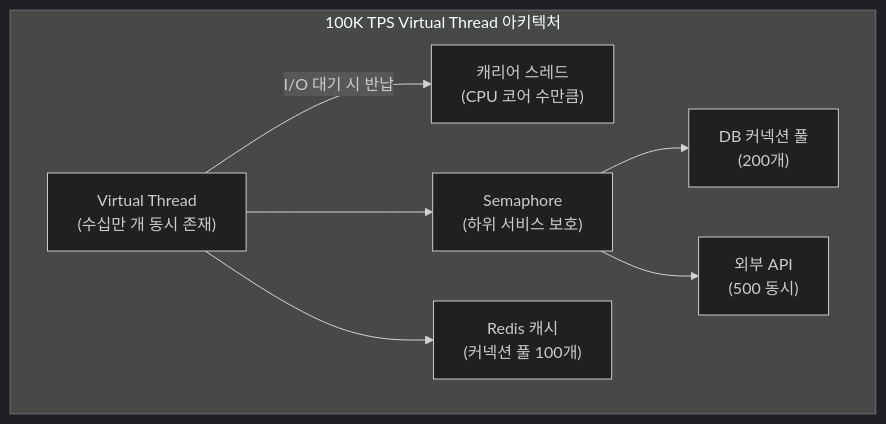
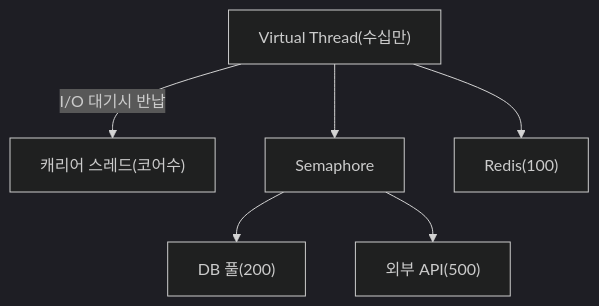
Before and after one commit to yjkim2015/yjkim2015.github.io: the seventh of 7 diagrams in _posts/java/2026-05-01-java-virtual-thread.md, drawn with Mermaid (dark theme). The commit also changed other lines of this file and 215 other files, not shown here.

First line of the commit message:
신규 포스트 10개 추가 + Mermaid 전면 축소 + SystemDesign 시리즈 보강

````diff
--- a/_posts/java/2026-05-01-java-virtual-thread.md
+++ b/_posts/java/2026-05-01-java-virtual-thread.md
@@ -1103,17 +1080,8 @@
 ```mermaid
 graph TD
-    subgraph "100K TPS Virtual Thread 아키텍처"
-        VT["Virtual Thread\n(수십만 개 동시 존재)"]
-        CT["캐리어 스레드\n(CPU 코어 수만큼)"]
-        SEM["Semaphore\n(하위 서비스 보호)"]
-        DB["DB 커넥션 풀\n(200개)"]
-        API["외부 API\n(500 동시)"]
-        CACHE["Redis 캐시\n(커넥션 풀 100개)"]
-    end
-
-    VT -->|"I/O 대기 시 반납"| CT
-    VT --> SEM
-    SEM --> DB
-    SEM --> API
-    VT --> CACHE
+    VT["Virtual Thread(수십만)"] -->|"I/O 대기시 반납"| CT["캐리어 스레드(코어수)"]
+    VT --> SEM["Semaphore"]
+    SEM --> DB["DB 풀(200)"]
+    SEM --> API["외부 API(500)"]
+    VT --> CACHE["Redis(100)"]
 ```
````
